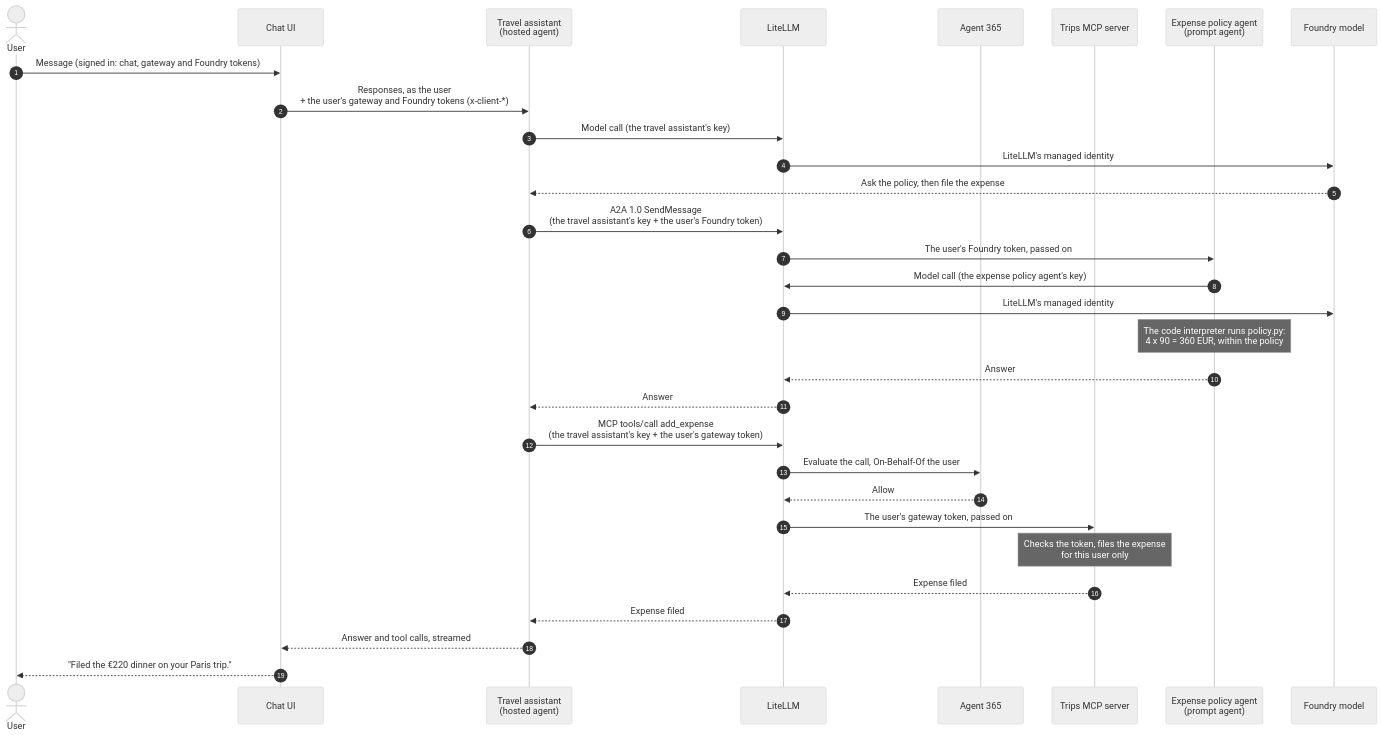
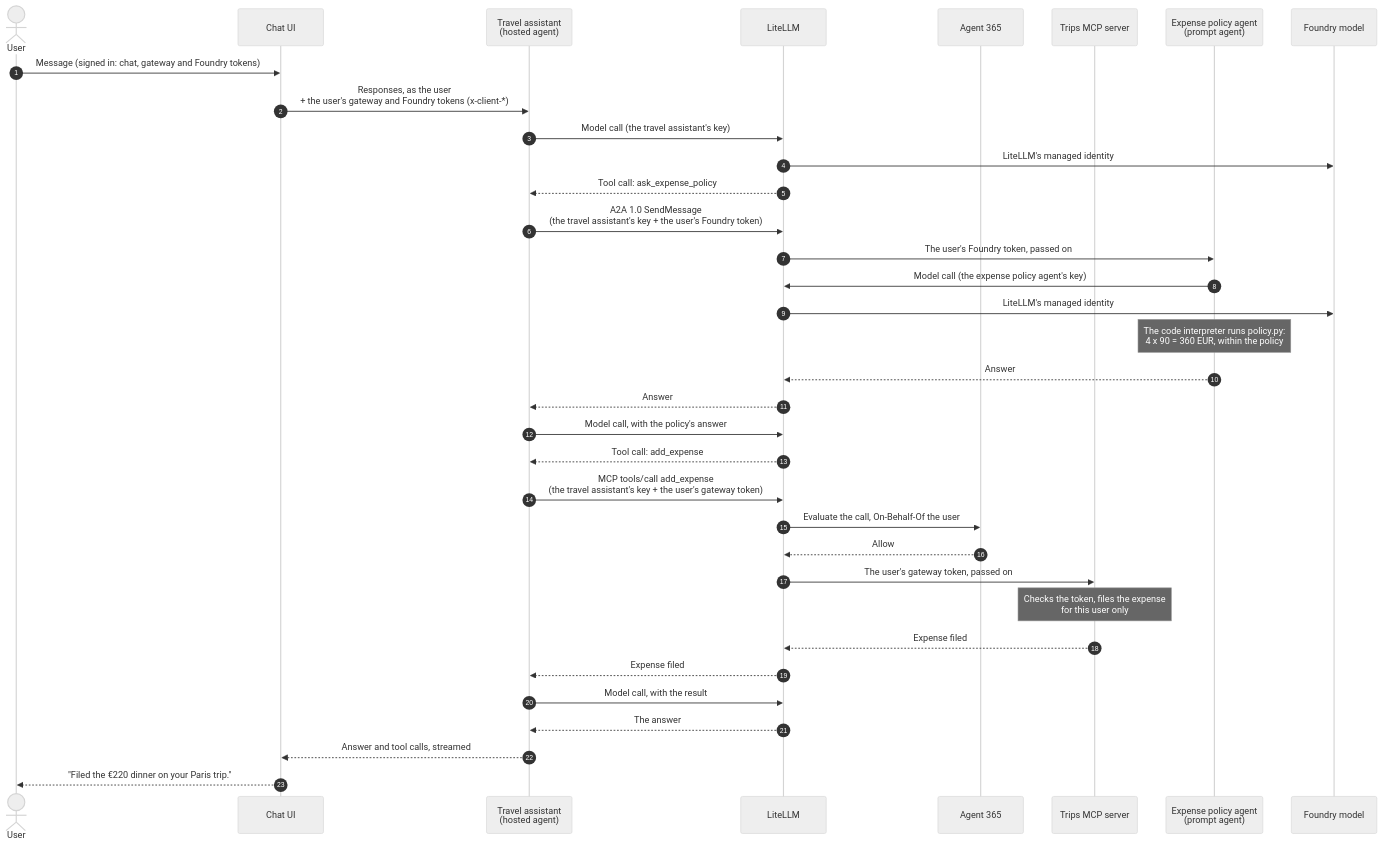
One commit to ikhemissi/foundry-agents-litellm-agent365-sample changed the second of 2 diagrams in README.md. Above: the diagram before and after it, drawn with Mermaid (neutral theme). The commit also changed other lines of this file and 1 other file, not shown here.

````diff
--- a/README.md
+++ b/README.md
@@ -50,34 +50,38 @@
 ```mermaid
 sequenceDiagram
     autonumber
     actor User
     participant Chat as Chat UI
     participant TA as Travel assistant<br/>(hosted agent)
     participant LL as LiteLLM
     participant A365 as Agent 365
     participant Trips as Trips MCP server
     participant Policy as Expense policy agent<br/>(prompt agent)
     participant Model as Foundry model
 
     User->>Chat: Message (signed in: chat, gateway and Foundry tokens)
     Chat->>TA: Responses, as the user<br/>+ the user's gateway and Foundry tokens (x-client-*)
     TA->>LL: Model call (the travel assistant's key)
     LL->>Model: LiteLLM's managed identity
-    Model-->>TA: Ask the policy, then file the expense
+    LL-->>TA: Tool call: ask_expense_policy
     TA->>LL: A2A 1.0 SendMessage<br/>(the travel assistant's key + the user's Foundry token)
     LL->>Policy: The user's Foundry token, passed on
     Policy->>LL: Model call (the expense policy agent's key)
     LL->>Model: LiteLLM's managed identity
     Note over Policy: The code interpreter runs policy.py:<br/>4 x 90 = 360 EUR, within the policy
     Policy-->>LL: Answer
     LL-->>TA: Answer
+    TA->>LL: Model call, with the policy's answer
+    LL-->>TA: Tool call: add_expense
     TA->>LL: MCP tools/call add_expense<br/>(the travel assistant's key + the user's gateway token)
     LL->>A365: Evaluate the call, On-Behalf-Of the user
     A365-->>LL: Allow
     LL->>Trips: The user's gateway token, passed on
     Note over Trips: Checks the token, files the expense<br/>for this user only
     Trips-->>LL: Expense filed
     LL-->>TA: Expense filed
+    TA->>LL: Model call, with the result
+    LL-->>TA: The answer
     TA-->>Chat: Answer and tool calls, streamed
     Chat-->>User: "Filed the €220 dinner on your Paris trip."
 ```
````
